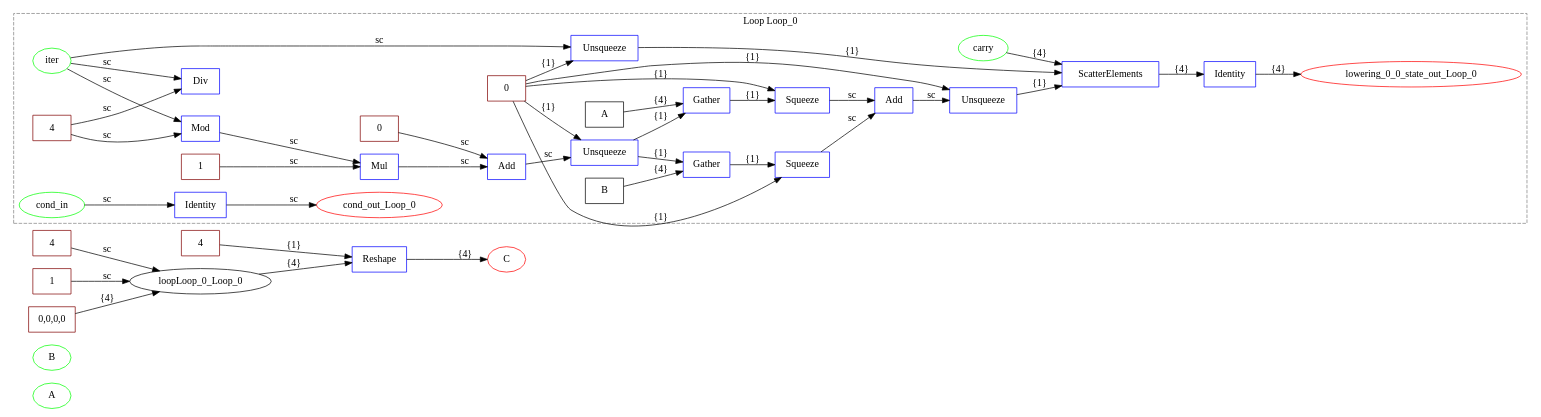
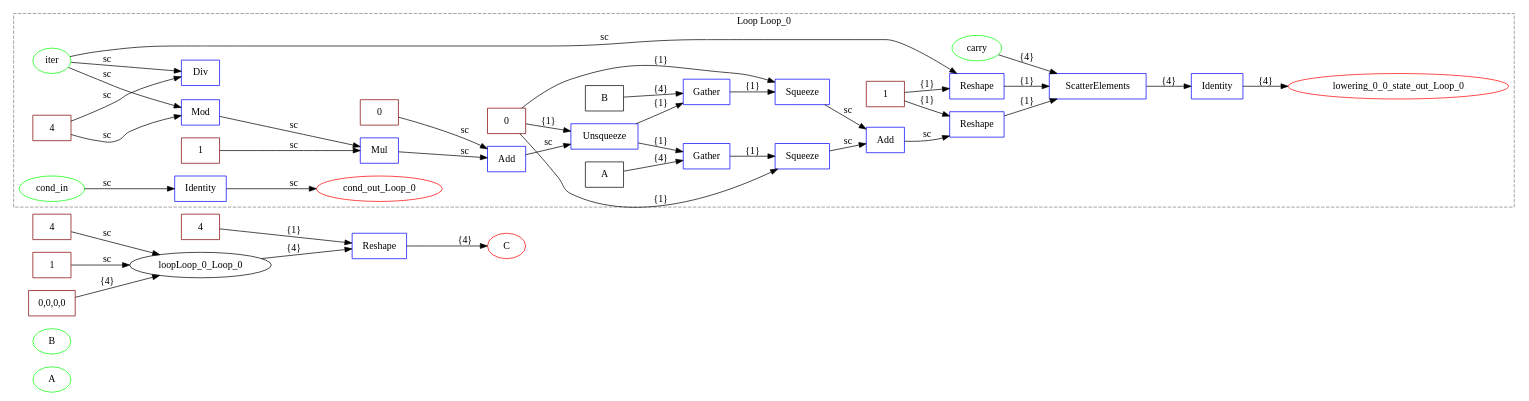
The diagram in examples/onnx/vectoradd_test.dot (specs-feup/onnx-flow), drawn with Graphviz before and after one commit. The commit also changed 127 other files, not shown here.

```diff
--- a/examples/onnx/vectoradd_test.dot
+++ b/examples/onnx/vectoradd_test.dot
@@ -1,81 +1,82 @@
 digraph {
   graph [compound=true rankdir=LR];
   A [label=A shape=ellipse color=lime];
   B [label=B shape=ellipse color=lime];
   C [label=C shape=ellipse color=red];
   lowering_0_Reshape [label=Reshape shape=box color=blue];
   lowering_0_final_shape [label=4 shape=box color=maroon];
   lowering_0_trip_count_Loop_0 [label=4 shape=box color=maroon];
   lowering_0_cond_Loop_0 [label=1 shape=box color=maroon];
   lowering_0_init_carry_Loop_0 [label="0,0,0,0" shape=box color=maroon];
   subgraph cluster_loop_Loop_0 {
     graph [compound=true rankdir=LR];
     loopLoop_0_iter [label=iter shape=ellipse color=lime];
     loopLoop_0_cond_in [label=cond_in shape=ellipse color=lime];
     loopLoop_0_carry [label=carry shape=ellipse color=lime];
     loopLoop_0_id_cond_Loop_0 [label=Identity shape=box color=blue];
     loopLoop_0_cond_out_Loop_0 [label=cond_out_Loop_0 shape=ellipse color=red];
     loopLoop_0_Loop_0_axes [label=0 shape=box color=maroon];
     loopLoop_0_A [label=A shape=box];
     loopLoop_0_ew_0_mr_dim_gb_out_A_0 [label=4 shape=box color=maroon];
     loopLoop_0_ew_0_Mod [label=Mod shape=box color=blue];
     loopLoop_0_ew_0_Mod -> loopLoop_0_ew_0_Mul [label=sc];
     loopLoop_0_ew_0_Div [label=Div shape=box color=blue];
     loopLoop_0_ew_0_lin_zero_gb_lin_A [label=0 shape=box color=maroon];
     loopLoop_0_ew_0_lin_stride_gb_lin_A_0 [label=1 shape=box color=maroon];
     loopLoop_0_ew_0_Mul [label=Mul shape=box color=blue];
     loopLoop_0_ew_0_Mul -> loopLoop_0_ew_0_Add [label=sc];
     loopLoop_0_ew_0_Add [label=Add shape=box color=blue];
     loopLoop_0_ew_0_Add -> loopLoop_0_ew_0_Unsqueeze [label=sc];
     loopLoop_0_ew_0_Unsqueeze [label=Unsqueeze shape=box color=blue];
     loopLoop_0_ew_0_Unsqueeze -> loopLoop_0_ew_0_Gather [label="{1}"];
     loopLoop_0_ew_0_Unsqueeze -> loopLoop_0_ew_0_Gather_1 [label="{1}"];
     loopLoop_0_ew_0_Gather [label=Gather shape=box color=blue];
     loopLoop_0_ew_0_Gather -> loopLoop_0_ew_0_Squeeze [label="{1}"];
     loopLoop_0_ew_0_Squeeze [label=Squeeze shape=box color=blue];
     loopLoop_0_ew_0_Squeeze -> loopLoop_0_ew_0_Add_1 [label=sc];
     loopLoop_0_B [label=B shape=box];
     loopLoop_0_ew_0_Gather_1 [label=Gather shape=box color=blue];
     loopLoop_0_ew_0_Gather_1 -> loopLoop_0_ew_0_Squeeze_1 [label="{1}"];
     loopLoop_0_ew_0_Squeeze_1 [label=Squeeze shape=box color=blue];
     loopLoop_0_ew_0_Squeeze_1 -> loopLoop_0_ew_0_Add_1 [label=sc];
     loopLoop_0_ew_0_Add_1 [label=Add shape=box color=blue];
-    loopLoop_0_ew_0_Add_1 -> loopLoop_0_Loop_0_Unsqueeze_1 [label=sc];
-    loopLoop_0_Loop_0_Unsqueeze [label=Unsqueeze shape=box color=blue];
-    loopLoop_0_Loop_0_Unsqueeze -> loopLoop_0_Loop_0_ScatterElements [label="{1}"];
-    loopLoop_0_Loop_0_Unsqueeze_1 [label=Unsqueeze shape=box color=blue];
-    loopLoop_0_Loop_0_Unsqueeze_1 -> loopLoop_0_Loop_0_ScatterElements [label="{1}"];
+    loopLoop_0_ew_0_Add_1 -> loopLoop_0_Loop_0_Reshape_1 [label=sc];
+    loopLoop_0_Loop_0_one_shape [label=1 shape=box color=maroon];
+    loopLoop_0_Loop_0_Reshape [label=Reshape shape=box color=blue];
+    loopLoop_0_Loop_0_Reshape -> loopLoop_0_Loop_0_ScatterElements [label="{1}"];
+    loopLoop_0_Loop_0_Reshape_1 [label=Reshape shape=box color=blue];
+    loopLoop_0_Loop_0_Reshape_1 -> loopLoop_0_Loop_0_ScatterElements [label="{1}"];
     loopLoop_0_Loop_0_ScatterElements [label=ScatterElements shape=box color=blue];
     loopLoop_0_Loop_0_ScatterElements -> loopLoop_0_lowering_0_id_state_out_Loop_0_0 [label="{4}"];
     loopLoop_0_lowering_0_0_state_out_Loop_0 [label=lowering_0_0_state_out_Loop_0 shape=ellipse color=red];
     loopLoop_0_lowering_0_id_state_out_Loop_0_0 [label=Identity shape=box color=blue];
     loopLoop_0_cond_in -> loopLoop_0_id_cond_Loop_0 [label=sc];
     loopLoop_0_iter -> loopLoop_0_ew_0_Mod [label=sc];
     loopLoop_0_ew_0_mr_dim_gb_out_A_0 -> loopLoop_0_ew_0_Mod [label=sc];
     loopLoop_0_id_cond_Loop_0 -> loopLoop_0_cond_out_Loop_0 [label=sc];
     loopLoop_0_iter -> loopLoop_0_ew_0_Div [label=sc];
     loopLoop_0_ew_0_mr_dim_gb_out_A_0 -> loopLoop_0_ew_0_Div [label=sc];
     loopLoop_0_ew_0_lin_stride_gb_lin_A_0 -> loopLoop_0_ew_0_Mul [label=sc];
     loopLoop_0_ew_0_lin_zero_gb_lin_A -> loopLoop_0_ew_0_Add [label=sc];
     loopLoop_0_Loop_0_axes -> loopLoop_0_ew_0_Unsqueeze [label="{1}"];
     loopLoop_0_A -> loopLoop_0_ew_0_Gather [label="{4}"];
     loopLoop_0_Loop_0_axes -> loopLoop_0_ew_0_Squeeze [label="{1}"];
     loopLoop_0_B -> loopLoop_0_ew_0_Gather_1 [label="{4}"];
     loopLoop_0_Loop_0_axes -> loopLoop_0_ew_0_Squeeze_1 [label="{1}"];
-    loopLoop_0_iter -> loopLoop_0_Loop_0_Unsqueeze [label=sc];
-    loopLoop_0_Loop_0_axes -> loopLoop_0_Loop_0_Unsqueeze [label="{1}"];
-    loopLoop_0_Loop_0_axes -> loopLoop_0_Loop_0_Unsqueeze_1 [label="{1}"];
+    loopLoop_0_iter -> loopLoop_0_Loop_0_Reshape [label=sc];
+    loopLoop_0_Loop_0_one_shape -> loopLoop_0_Loop_0_Reshape [label="{1}"];
+    loopLoop_0_Loop_0_one_shape -> loopLoop_0_Loop_0_Reshape_1 [label="{1}"];
     loopLoop_0_carry -> loopLoop_0_Loop_0_ScatterElements [label="{4}"];
     loopLoop_0_lowering_0_id_state_out_Loop_0_0 -> loopLoop_0_lowering_0_0_state_out_Loop_0 [label="{4}"];
     graph [label="Loop Loop_0"];
     graph [style=dashed];
     graph [color=gray];
   }
 
   loopLoop_0_Loop_0 -> lowering_0_Reshape [label="{4}" ltail=cluster_loop_Loop_0];
   lowering_0_final_shape -> lowering_0_Reshape [label="{1}"];
   lowering_0_trip_count_Loop_0 -> loopLoop_0_Loop_0 [label=sc lhead=cluster_loop_Loop_0];
   lowering_0_cond_Loop_0 -> loopLoop_0_Loop_0 [label=sc lhead=cluster_loop_Loop_0];
   lowering_0_init_carry_Loop_0 -> loopLoop_0_Loop_0 [label="{4}" lhead=cluster_loop_Loop_0];
   lowering_0_Reshape -> C [label="{4}"];
 }
```
